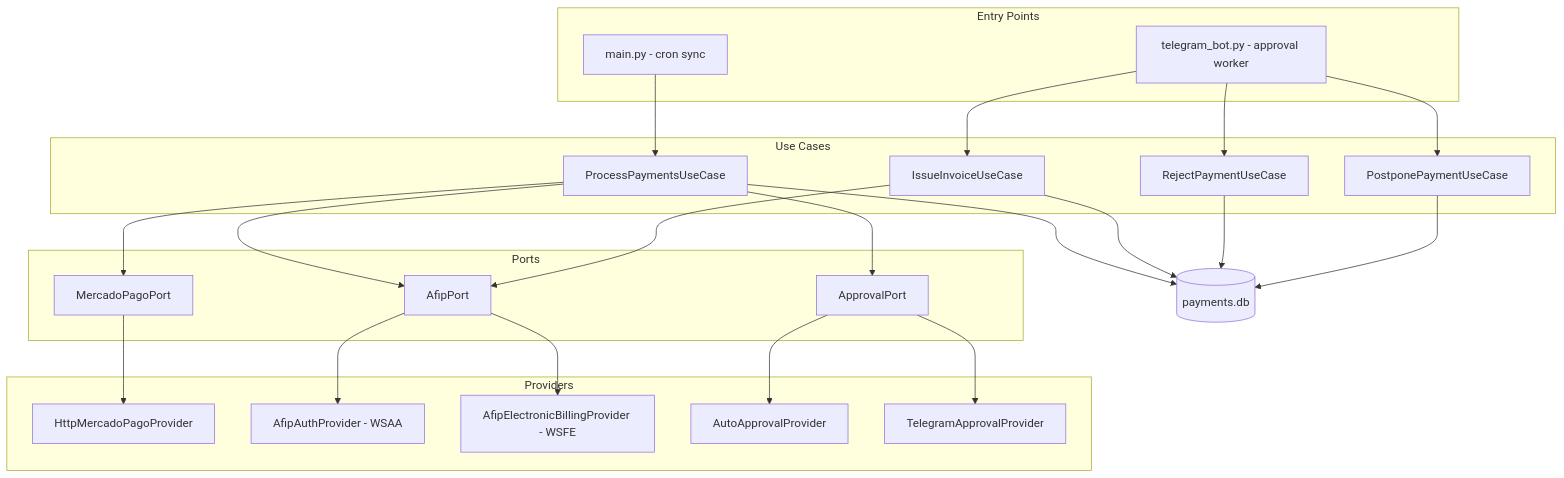
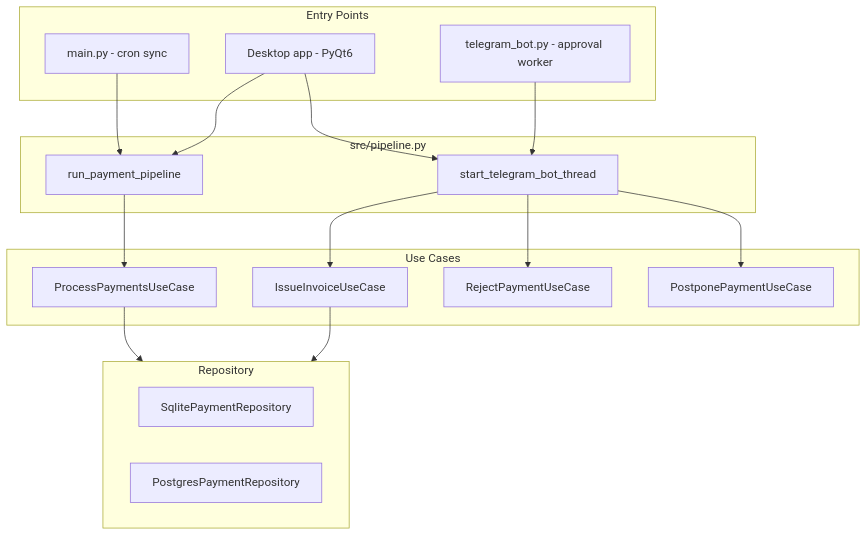
One commit to ddebortoli/arca-automation changed the first of 2 diagrams in README.md. Above: the diagram before and after it, drawn with Mermaid. The commit also changed other lines of this file and 58 other files, not shown here.

First line of the commit message:
Refactor project structure and enhance desktop app functionality

````diff
--- a/README.md
+++ b/README.md
@@ -19,41 +66,34 @@
 ```mermaid
 flowchart TB
     subgraph entry [Entry Points]
         MAIN[main.py - cron sync]
         BOT[telegram_bot.py - approval worker]
+        DESK[Desktop app - PyQt6]
+    end
+
+    subgraph pipeline [src/pipeline.py]
+        RUN[run_payment_pipeline]
+        TG_THREAD[start_telegram_bot_thread]
     end
 
     subgraph usecases [Use Cases]
         PP[ProcessPaymentsUseCase]
         II[IssueInvoiceUseCase]
         RP[RejectPaymentUseCase]
         PO[PostponePaymentUseCase]
     end
 
-    subgraph ports [Ports]
-        MP[MercadoPagoPort]
-        AFIP[AfipPort]
-        APPR[ApprovalPort]
+    subgraph repos [Repository]
+        SQLITE[SqlitePaymentRepository]
+        PG[PostgresPaymentRepository]
     end
 
-    subgraph providers [Providers]
-        HTTP_MP[HttpMercadoPagoProvider]
-        AFIP_AUTH[AfipAuthProvider - WSAA]
-        AFIP_BILL[AfipElectronicBillingProvider - WSFE]
-        AUTO[AutoApprovalProvider]
-        TG[TelegramApprovalProvider]
-    end
-
-    DB[(payments.db)]
-
-    MAIN --> PP
-    BOT --> II & RP & PO
-    PP --> MP & AFIP & APPR & DB
-    II --> AFIP & DB
-    RP --> DB
-    PO --> DB
-
-    MP --> HTTP_MP
-    AFIP --> AFIP_AUTH & AFIP_BILL
-    APPR --> AUTO & TG
+    MAIN --> RUN
+    DESK --> RUN
+    DESK --> TG_THREAD
+    BOT --> TG_THREAD
+    RUN --> PP
+    TG_THREAD --> II & RP & PO
+    PP --> repos
+    II --> repos
 ```
````
